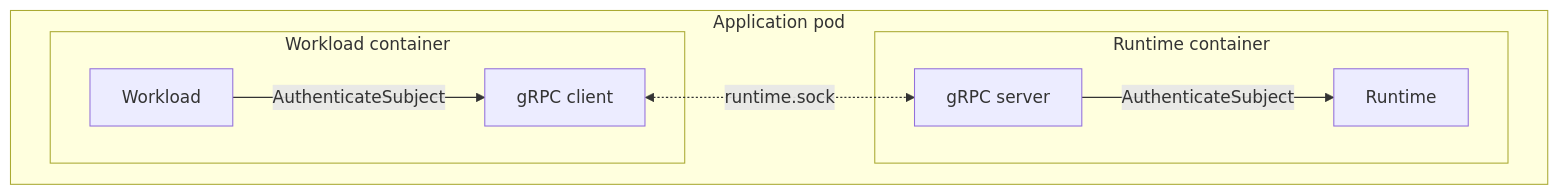
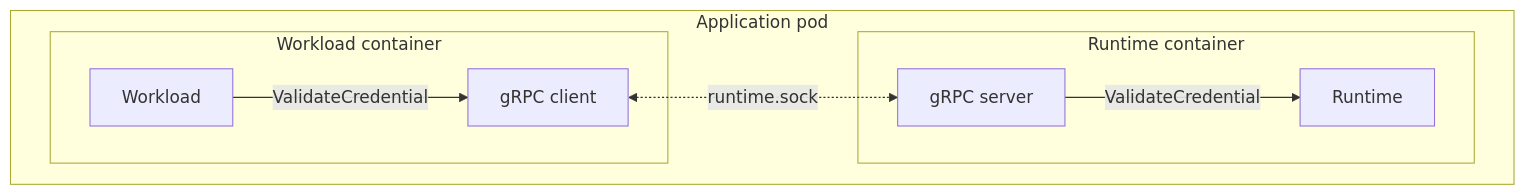
Before and after one commit to metal-toolbox/iam-runtime: the diagram in spec.md, drawn with Mermaid. The commit also changed other lines of this file and 5 other files, not shown here.

First line of the commit message:
Rename AuthenticateSubject to ValidateCredential (#6)

````diff
--- a/spec.md
+++ b/spec.md
@@ -48,12 +48,12 @@
 ```mermaid
 graph TB
     subgraph "Application pod"
         subgraph "Workload container"
-            W[Workload] --"AuthenticateSubject"--> C[gRPC client]
+            W[Workload] --"ValidateCredential"--> C[gRPC client]
         end
         subgraph "Runtime container"
             C <-."runtime.sock".-> S[gRPC server]
-            S --"AuthenticateSubject"--> R[Runtime]
+            S --"ValidateCredential"--> R[Runtime]
         end
     end
 ```
````
